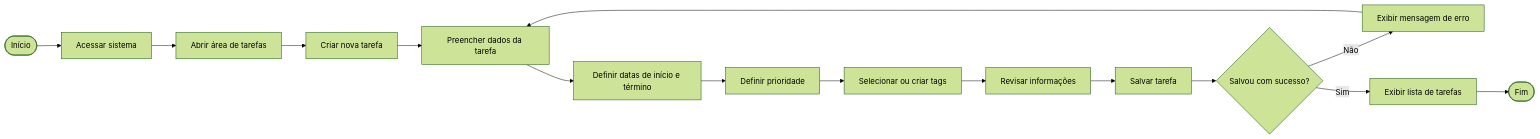
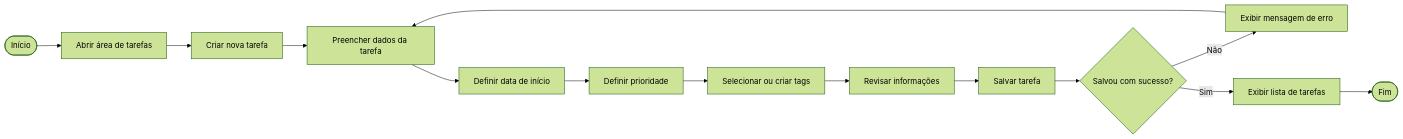
One commit to rubensrabelo/pomodoro-planner changed the diagram in docs/bpmn/register_tasks.md. Above: the diagram before and after it, drawn with Mermaid (forest theme). The commit also changed 3 other files, not shown here.

````diff
--- a/docs/bpmn/register_tasks.md
+++ b/docs/bpmn/register_tasks.md
@@ -3,23 +3,22 @@
 ```mermaid
 flowchart LR
-    Inicio([Início]) --> AcessarSistema[Acessar sistema]
-    AcessarSistema --> AbrirTarefas[Abrir área de tarefas]
+    Inicio([Início]) --> AbrirTarefas[Abrir área de tarefas]
 
     AbrirTarefas --> NovaTarefa[Criar nova tarefa]
     NovaTarefa --> PreencherDados[Preencher dados da tarefa]
 
-    PreencherDados --> DefinirDatas[Definir datas de início e término]
-    DefinirDatas --> DefinirPrioridade[Definir prioridade]
+    PreencherDados --> DefinirData[Definir data de início]
+    DefinirData --> DefinirPrioridade[Definir prioridade]
 
     DefinirPrioridade --> SelecionarTags[Selecionar ou criar tags]
     SelecionarTags --> RevisarTarefa[Revisar informações]
 
     RevisarTarefa --> SalvarTarefa[Salvar tarefa]
 
     SalvarTarefa --> Salvo{Salvou com sucesso?}
     Salvo -- Não --> Erro[Exibir mensagem de erro]
     Erro --> PreencherDados
 
     Salvo -- Sim --> ListaTarefas[Exibir lista de tarefas]
     ListaTarefas --> Fim([Fim])
 ```
````
